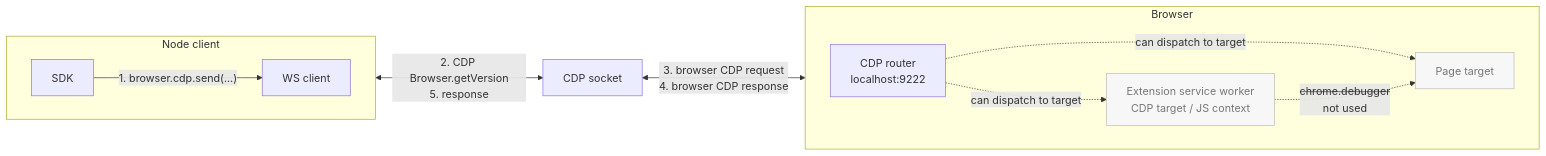
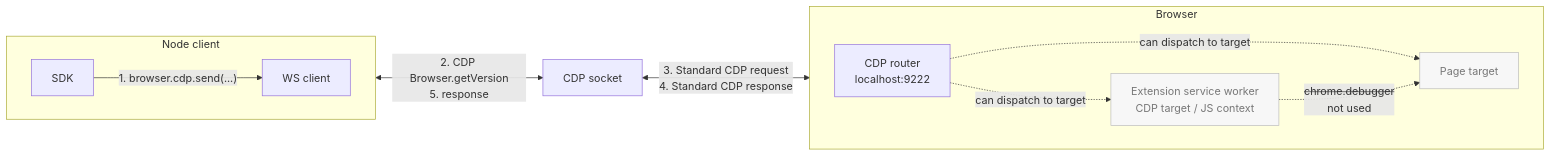
The first of 4 diagrams in README.md (pirate/chrome-cdp-extension-bridge), drawn with Mermaid before and after one commit. The commit also changed other lines of this file, not shown here.

Commit message:
Normalize CDP diagram transport labels

````diff
--- a/README.md
+++ b/README.md
@@ -43,27 +43,27 @@
 ```mermaid
 flowchart LR
   subgraph Node["Node client"]
     direction LR
     SDK["SDK"]
     WS["WS client"]
     SDK -->|"1. browser.cdp.send(...)"| WS
   end
 
   subgraph Browser["Browser"]
     direction LR
     CDP["CDP router<br/>localhost:9222"]
     SW["Extension service worker<br/>CDP target / JS context"]
     Page["Page target"]
     CDP -. "can dispatch to target" .-> SW
     CDP -. "can dispatch to target" .-> Page
     SW -. "<s>chrome.debugger</s><br/>not used" .-> Page
   end
 
   Socket["CDP socket"]
 
   WS <-->|"2. CDP Browser.getVersion<br/>5. response"| Socket
-  Socket <-->|"3. browser CDP request<br/>4. browser CDP response"| CDP
+  Socket <-->|"3. Standard CDP request<br/>4. Standard CDP response"| CDP
 
   classDef idle fill:#f7f7f7,stroke:#bbb,color:#777;
   class SW,Page idle;
 ```
````
